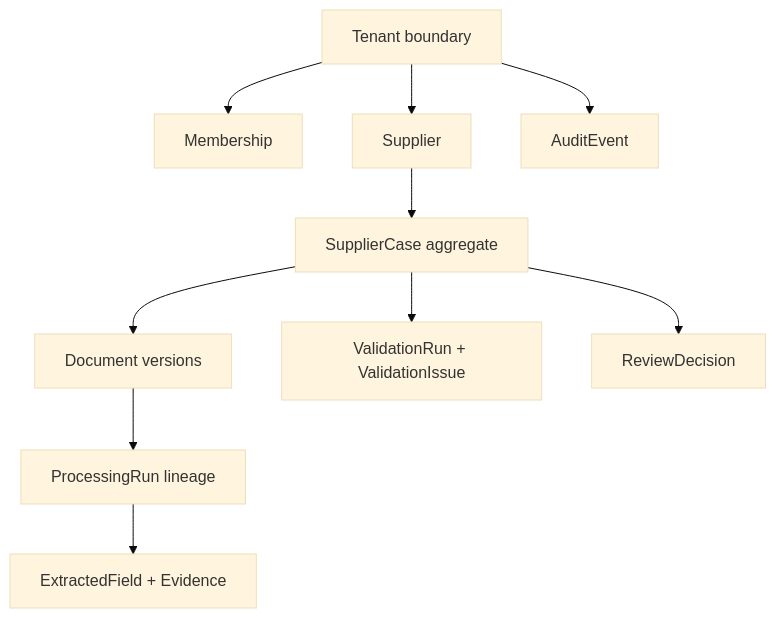
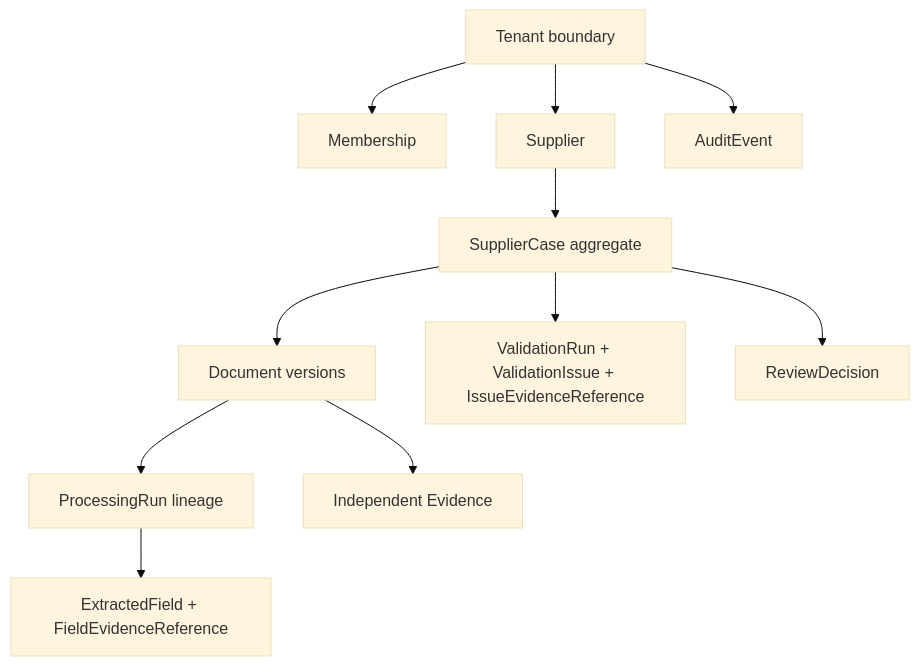
The second of 2 diagrams in capstone/enterprise-document-agent/docs/data-model/domain-model.md (CodeDaoVietNam/AI-Engineer-Road-Map), drawn with Mermaid (base theme) before and after one commit. The commit also changed other lines of this file and 5 other files, not shown here.

Commit message:
docs: close workflow architecture gaps

````diff
--- a/capstone/enterprise-document-agent/docs/data-model/domain-model.md
+++ b/capstone/enterprise-document-agent/docs/data-model/domain-model.md
@@ -126,13 +175,14 @@
 ```mermaid
 flowchart TD
     T[Tenant boundary]
     T --> M[Membership]
     T --> S[Supplier]
     S --> C[SupplierCase aggregate]
     C --> D[Document versions]
     D --> P[ProcessingRun lineage]
-    P --> F[ExtractedField + Evidence]
-    C --> V[ValidationRun + ValidationIssue]
+    P --> F[ExtractedField + FieldEvidenceReference]
+    D --> E[Independent Evidence]
+    C --> V[ValidationRun + ValidationIssue + IssueEvidenceReference]
     C --> R[ReviewDecision]
     T --> A[AuditEvent]
 ```
````
